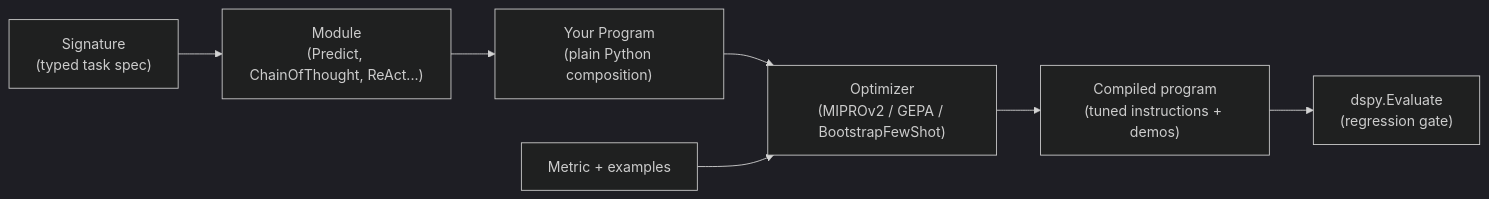
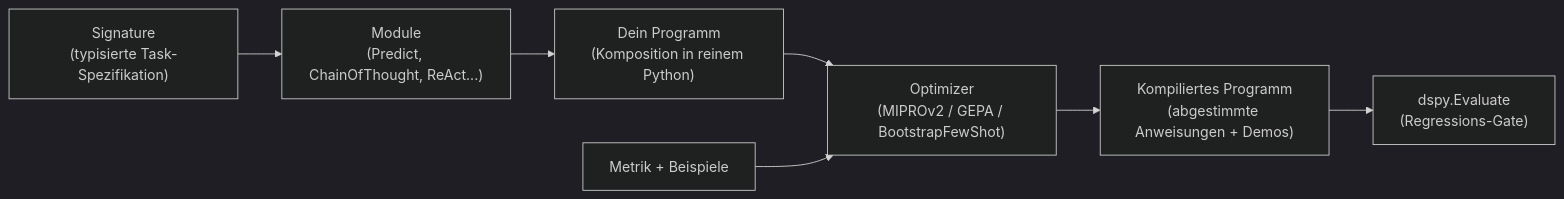
One commit to javaAndScriptDeveloper/codeWithKyryl changed the first of 2 diagrams in _articles/de/dspy-gepa-vs-miprov2.md. Above: the diagram before and after it, drawn with Mermaid (dark theme). The commit also changed other lines of this file and 41 other files, not shown here.

````diff
--- a/_articles/de/dspy-gepa-vs-miprov2.md
+++ b/_articles/de/dspy-gepa-vs-miprov2.md
@@ -98,9 +97,9 @@
 ```mermaid
 flowchart LR
-    A["Signature<br/>(typed task spec)"] --> B["Module<br/>(Predict, ChainOfThought, ReAct...)"]
-    B --> C["Your Program<br/>(plain Python composition)"]
+    A["Signature<br/>(typisierte Task-Spezifikation)"] --> B["Module<br/>(Predict, ChainOfThought, ReAct...)"]
+    B --> C["Dein Programm<br/>(Komposition in reinem Python)"]
     C --> D["Optimizer<br/>(MIPROv2 / GEPA / BootstrapFewShot)"]
-    E["Metric + examples"] --> D
-    D --> F["Compiled program<br/>(tuned instructions + demos)"]
-    F --> G["dspy.Evaluate<br/>(regression gate)"]
+    E["Metrik + Beispiele"] --> D
+    D --> F["Kompiliertes Programm<br/>(abgestimmte Anweisungen + Demos)"]
+    F --> G["dspy.Evaluate<br/>(Regressions-Gate)"]
 ```
````
